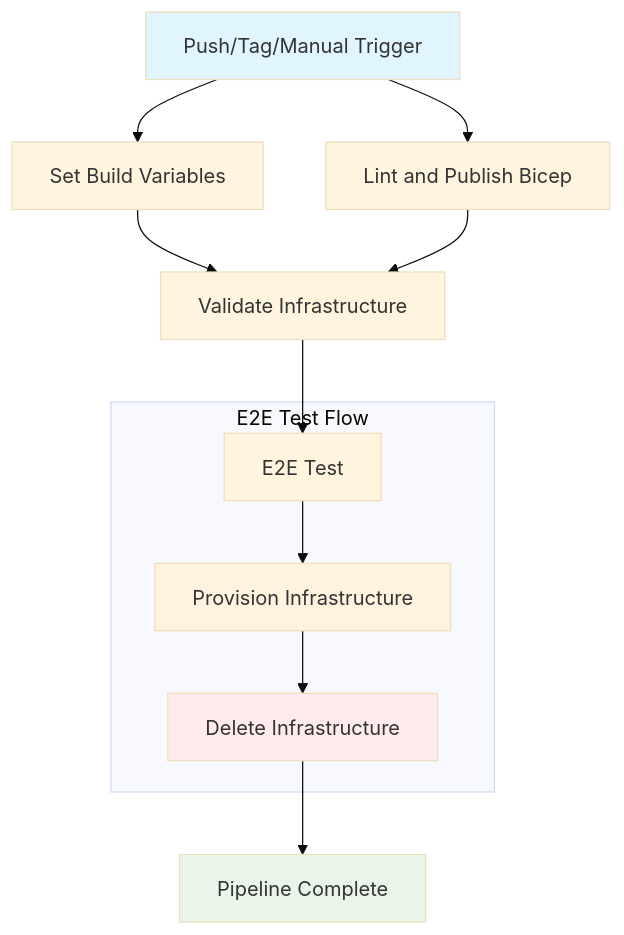
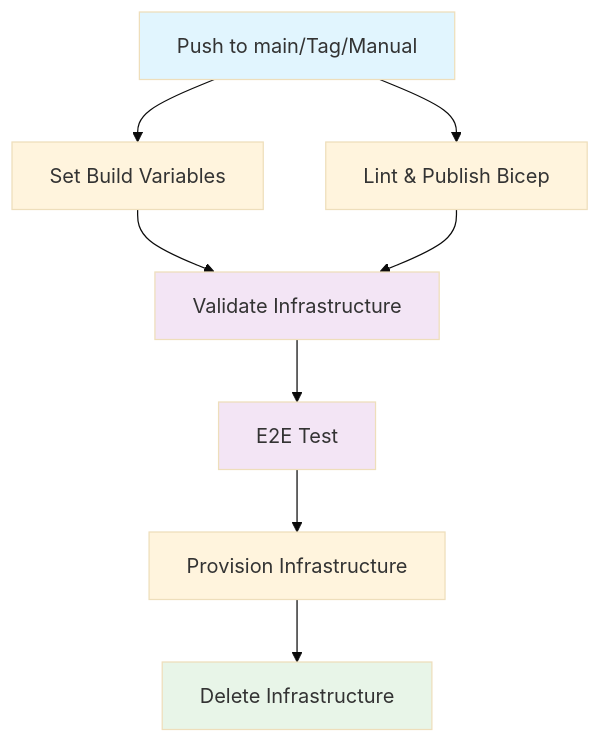
Before and after one commit to PlagueHO/genai-database-explorer: the diagram in spec/spec-process-cicd-continuous-delivery.md, drawn with Mermaid (base theme). The commit also changed other lines of this file and 1 other file, not shown here.

````diff
--- a/spec/spec-process-cicd-continuous-delivery.md
+++ b/spec/spec-process-cicd-continuous-delivery.md
@@ -20,21 +18,18 @@
 ```mermaid
 graph TD
-    A[Push/Tag/Manual Trigger] --> B[Set Build Variables]
-    A --> C[Lint and Publish Bicep]
+    A[Push to main/Tag/Manual] --> B[Set Build Variables]
+    A --> C[Lint & Publish Bicep]
     
     B --> D[Validate Infrastructure]
     C --> D
+    
     D --> E[E2E Test]
     
-    subgraph "E2E Test Flow"
-        E --> F[Provision Infrastructure]
-        F --> G[Delete Infrastructure]
-    end
-    
-    G --> H[Pipeline Complete]
+    E --> F[Provision Infrastructure]
+    F --> G[Delete Infrastructure]
     
     style A fill:#e1f5fe
-    style H fill:#e8f5e8
-    style F fill:#fff3e0
-    style G fill:#ffebee
+    style G fill:#e8f5e8
+    style D fill:#f3e5f5
+    style E fill:#f3e5f5
 ```
````
